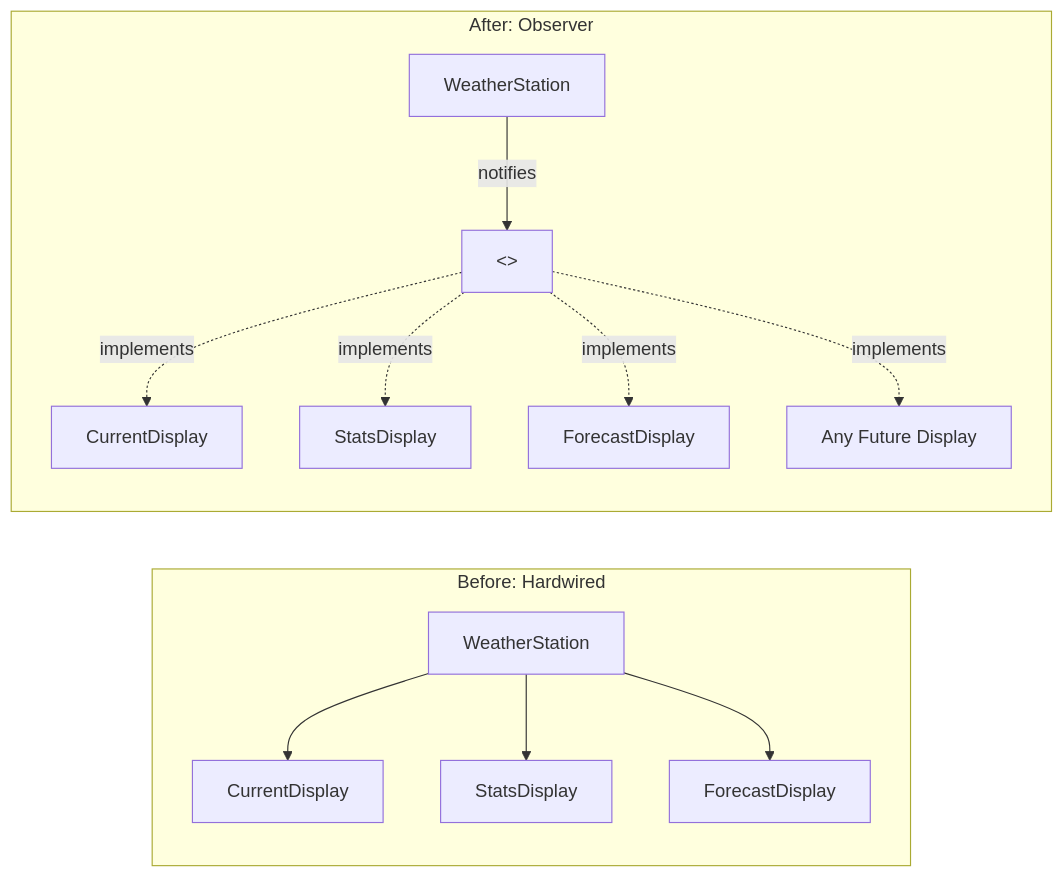
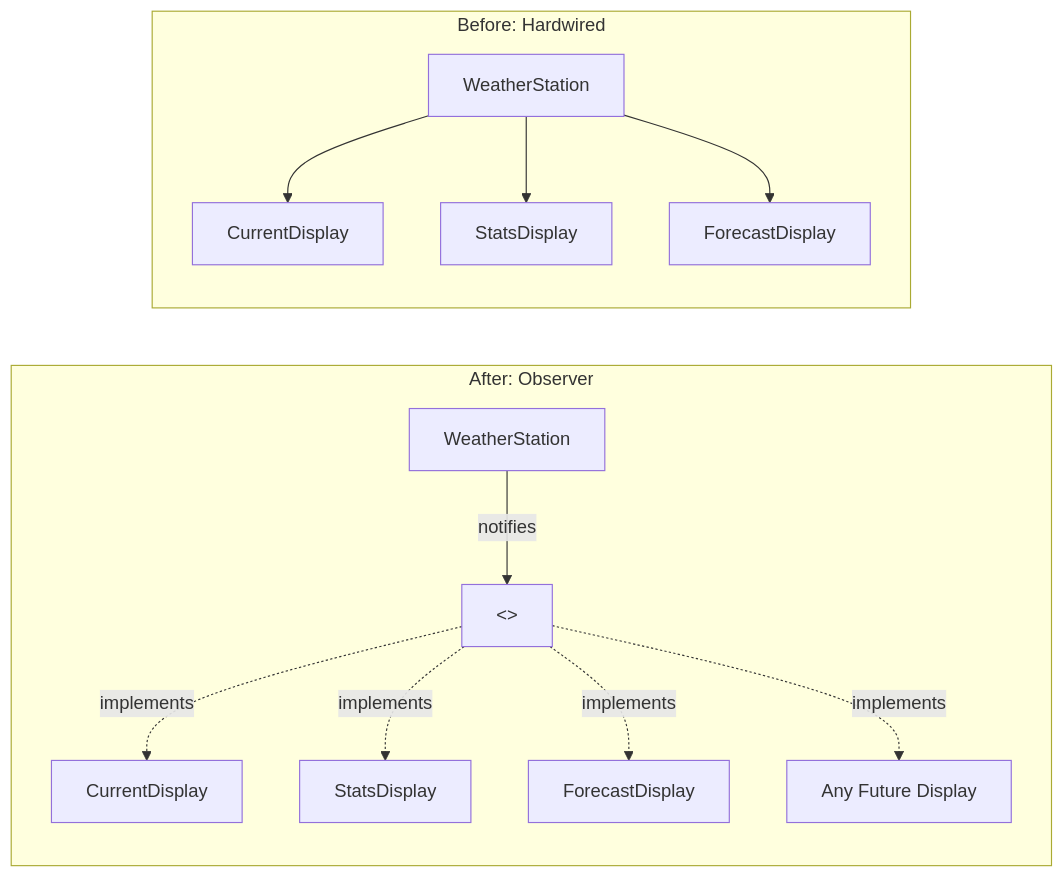
One commit to jeff-adkisson/swe-4743-spring-2026-oo-design changed the second of 11 diagrams in presentations/13-observer-pattern.md. Above: the diagram before and after it, drawn with Mermaid. The commit also changed other lines of this file, not shown here.

Commit message:
Minor diagram fixes

````diff
--- a/presentations/13-observer-pattern.md
+++ b/presentations/13-observer-pattern.md
@@ -106,18 +104,19 @@
 ```mermaid
 flowchart LR
-    subgraph Before ["Before: Hardwired"]
-        direction TB
-        WS1[WeatherStation] --> D1[CurrentDisplay]
-        WS1 --> D2[StatsDisplay]
-        WS1 --> D3[ForecastDisplay]
-    end
-
     subgraph After ["After: Observer"]
         direction TB
         WS2[WeatherStation] -->|notifies| I[<<IObserver>>]
         I -.->|implements| D4[CurrentDisplay]
         I -.->|implements| D5[StatsDisplay]
         I -.->|implements| D6[ForecastDisplay]
         I -.->|implements| D7[Any Future Display]
     end
+    subgraph Before ["Before: Hardwired"]
+        direction TB
+        WS1[WeatherStation] --> D1[CurrentDisplay]
+        WS1 --> D2[StatsDisplay]
+        WS1 --> D3[ForecastDisplay]
+    end
+
+
 ```
````
